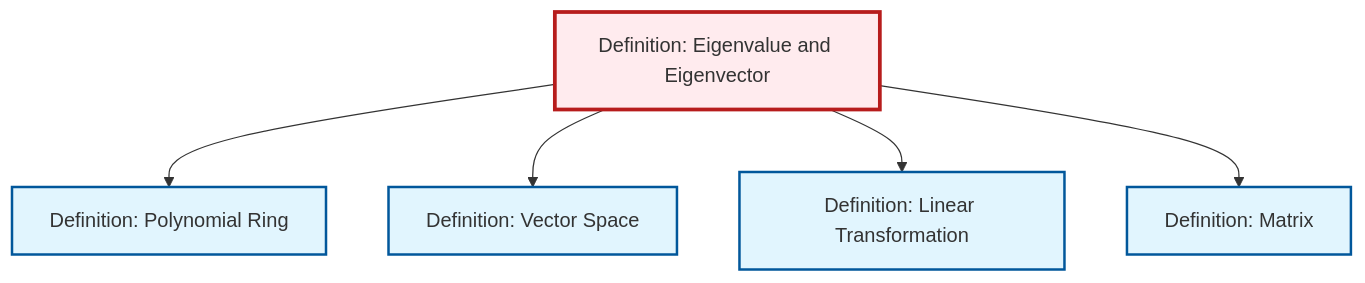
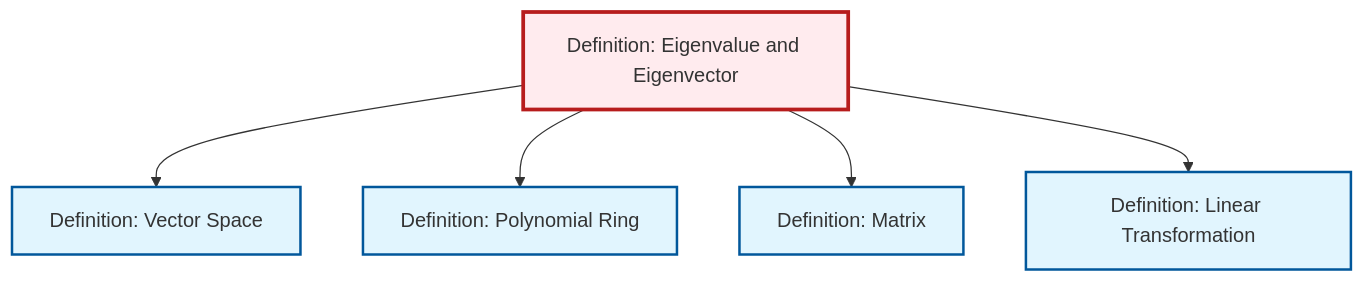
One commit to RK0429/ModernMath changed the diagram in content/ja/algebra/def-eigenvalue-eigenvector.qmd. Above: the diagram before and after it, drawn with Mermaid. The commit also changed other lines of this file and 615 other files, not shown here.

````diff
--- a/content/ja/algebra/def-eigenvalue-eigenvector.qmd
+++ b/content/ja/algebra/def-eigenvalue-eigenvector.qmd
@@ -76,23 +76,23 @@
 ```{mermaid}
 %%| fig-cap: "Local dependency graph"
 graph TD
     classDef definition fill:#e1f5fe,stroke:#01579b,stroke-width:2px
     classDef theorem fill:#f3e5f5,stroke:#4a148c,stroke-width:2px
     classDef axiom fill:#fff3e0,stroke:#e65100,stroke-width:2px
     classDef example fill:#e8f5e9,stroke:#1b5e20,stroke-width:2px
     classDef current fill:#ffebee,stroke:#b71c1c,stroke-width:3px
     def-polynomial-ring["Definition: Polynomial Ring"]:::definition
     def-linear-transformation["Definition: Linear Transformation"]:::definition
-    def-vector-space["Definition: Vector Space"]:::definition
     def-matrix["Definition: Matrix"]:::definition
     def-eigenvalue-eigenvector["Definition: Eigenvalue and Eigenvector"]:::definition
+    def-vector-space["Definition: Vector Space"]:::definition
+    def-eigenvalue-eigenvector --> def-vector-space
     def-eigenvalue-eigenvector --> def-polynomial-ring
-    def-eigenvalue-eigenvector --> def-vector-space
+    def-eigenvalue-eigenvector --> def-matrix
     def-eigenvalue-eigenvector --> def-linear-transformation
-    def-eigenvalue-eigenvector --> def-matrix
     class def-eigenvalue-eigenvector current
     click def-polynomial-ring "def-polynomial-ring.html" "Definition: Polynomial Ringへ"
     click def-linear-transformation "def-linear-transformation.html" "Definition: Linear Transformationへ"
+    click def-matrix "def-matrix.html" "Definition: Matrixへ"
     click def-vector-space "def-vector-space.html" "Definition: Vector Spaceへ"
-    click def-matrix "def-matrix.html" "Definition: Matrixへ"
 ```
````
